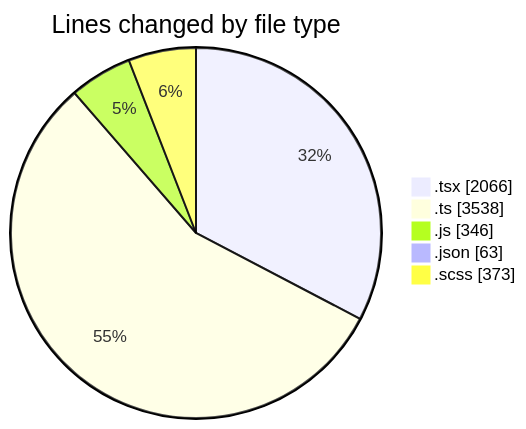
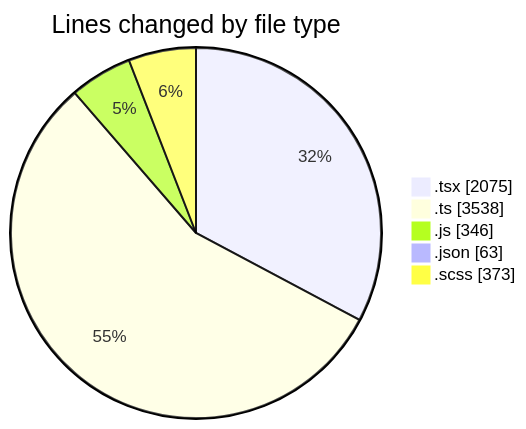
The first of 2 diagrams in 2025-12-01/cda/README.md (momahboobian/code-tracking), drawn with Mermaid before and after one commit. The commit also changed other lines of this file and 1 other file, not shown here.

````diff
--- a/2025-12-01/cda/README.md
+++ b/2025-12-01/cda/README.md
@@ -33,9 +33,9 @@
 ```mermaid
 pie showData
 title Lines changed by file type
-".tsx" : 2066
+".tsx" : 2075
 ".ts" : 3538
 ".js" : 346
 ".json" : 63
 ".scss" : 373
 ```
````
